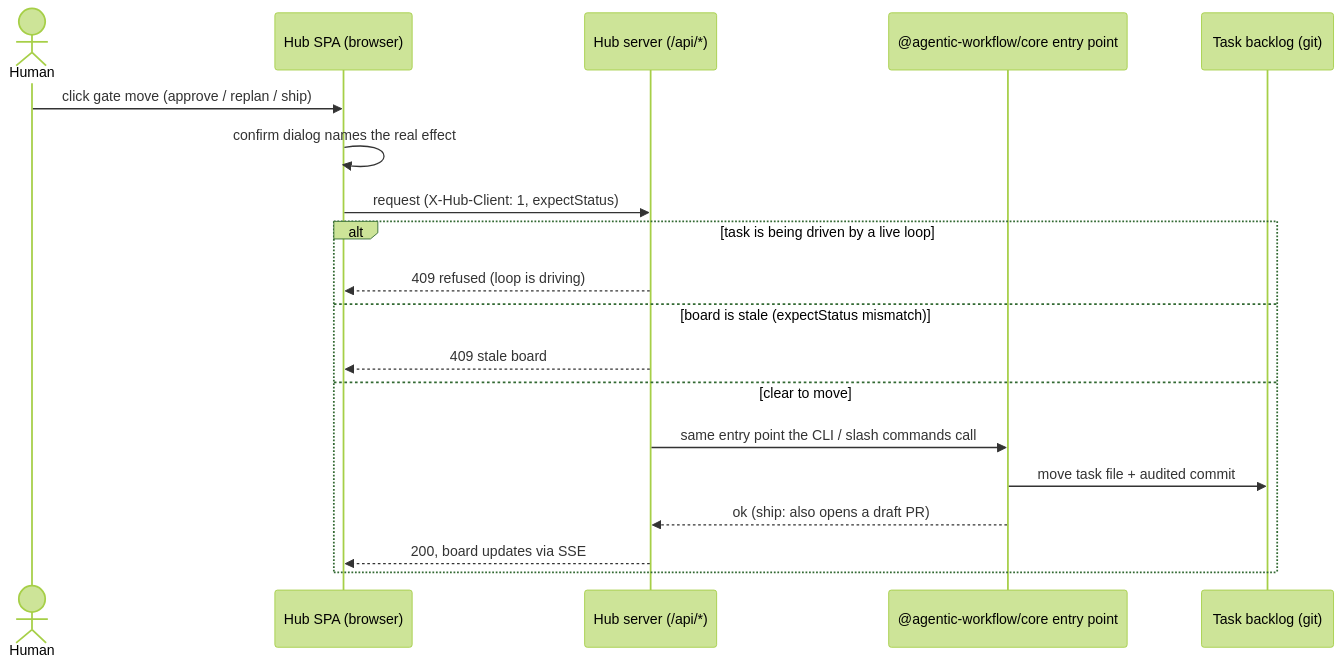
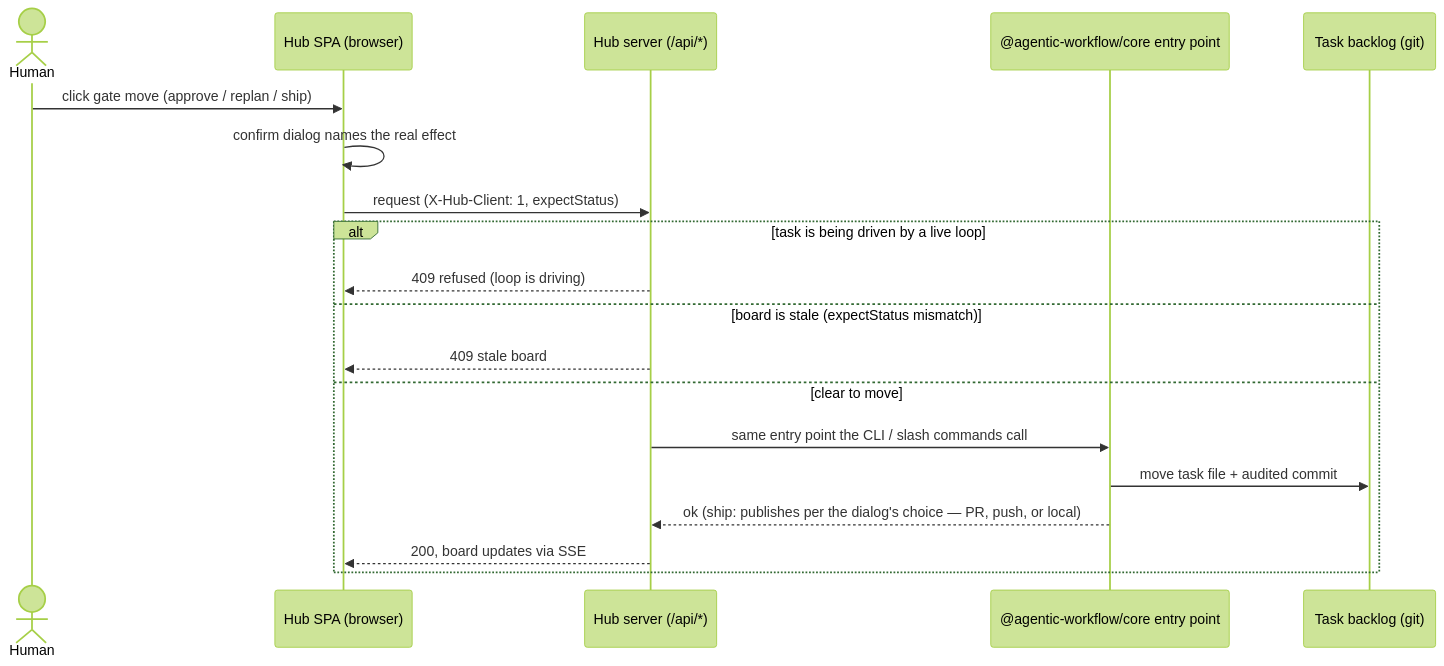
Before and after one commit to yenchang265-afk/agentic-workflow: the first of 2 diagrams in packages/hub/README.md, drawn with Mermaid (forest theme). The commit also changed other lines of this file and 10 other files, not shown here.

First line of the commit message:
docs: sweep the shipPublish choice into every user-facing doc

````diff
--- a/packages/hub/README.md
+++ b/packages/hub/README.md
@@ -188,22 +190,22 @@
   ```mermaid
   sequenceDiagram
       actor Human
       participant UI as Hub SPA (browser)
       participant API as Hub server (/api/*)
       participant Core as @agentic-workflow/core entry point
       participant Git as Task backlog (git)
 
       Human->>UI: click gate move (approve / replan / ship)
       UI->>UI: confirm dialog names the real effect
       UI->>API: request (X-Hub-Client: 1, expectStatus)
       alt task is being driven by a live loop
           API-->>UI: 409 refused (loop is driving)
       else board is stale (expectStatus mismatch)
           API-->>UI: 409 stale board
       else clear to move
           API->>Core: same entry point the CLI / slash commands call
           Core->>Git: move task file + audited commit
-          Core-->>API: ok (ship: also opens a draft PR)
+          Core-->>API: ok (ship: publishes per the dialog's choice — PR, push, or local)
           API-->>UI: 200, board updates via SSE
       end
   ```
````
